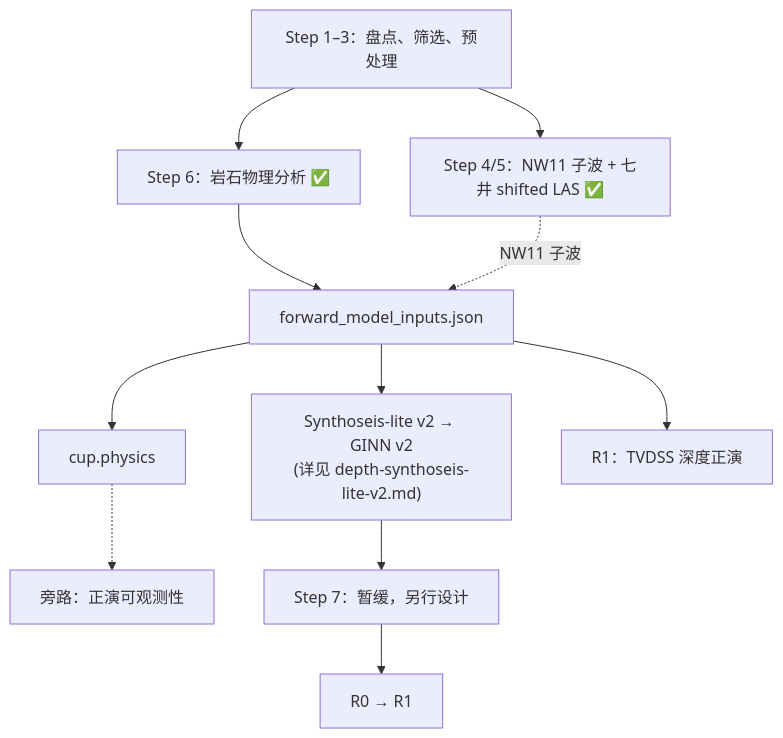
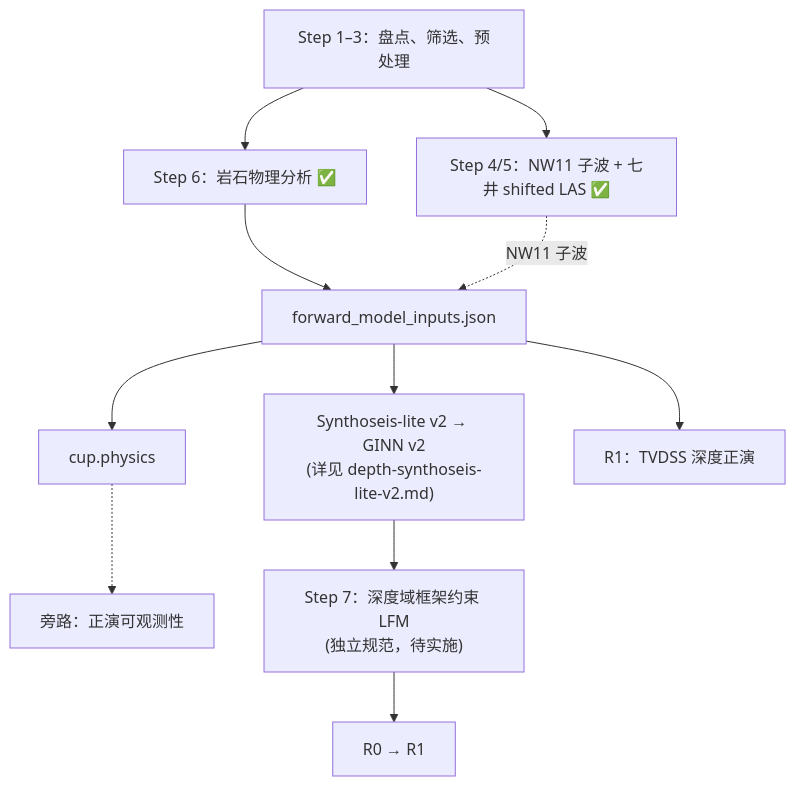
Before and after one commit to oimero/inversion_workflow: the diagram in docs/spec/DEPTH_DOMAIN_FORWARD_REFACTOR.md, drawn with Mermaid. The commit also changed other lines of this file and 1 other file, not shown here.

````diff
--- a/docs/spec/DEPTH_DOMAIN_FORWARD_REFACTOR.md
+++ b/docs/spec/DEPTH_DOMAIN_FORWARD_REFACTOR.md
@@ -421,13 +421,13 @@
 ```mermaid
 flowchart TD
     A["Step 1–3：盘点、筛选、预处理"] --> B["Step 4/5：NW11 子波 + 七井 shifted LAS ✅"]
     A --> C["Step 6：岩石物理分析 ✅"]
     C --> D["forward_model_inputs.json"]
     B -.->|NW11 子波| D
     D --> E["cup.physics"]
     D --> F["Synthoseis-lite v2 → GINN v2<br/>(详见 depth-synthoseis-lite-v2.md)"]
     D --> G["R1：TVDSS 深度正演"]
     E -.-> H["旁路：正演可观测性"]
-    F --> I["Step 7：暂缓，另行设计"]
+    F --> I["Step 7：深度域框架约束 LFM<br/>(独立规范，待实施)"]
     I --> J["R0 → R1"]
 ```
````
